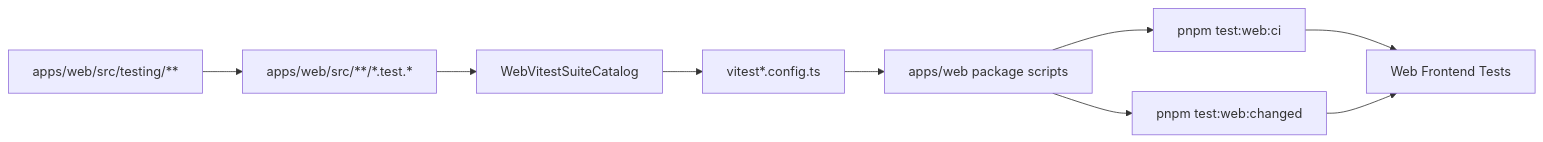
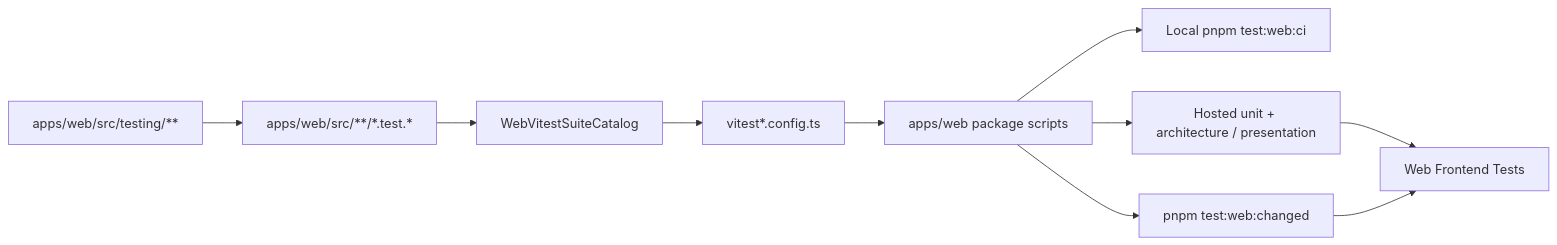
Before and after one commit to dunay2/dvt: the second of 2 diagrams in docs/architecture/components/web/frontend-test-governance-component.md, drawn with Mermaid. The commit also changed other lines of this file and 9 other files, not shown here.

````diff
--- a/docs/architecture/components/web/frontend-test-governance-component.md
+++ b/docs/architecture/components/web/frontend-test-governance-component.md
@@ -129,11 +134,12 @@
 ```mermaid
 flowchart LR
   Tests["apps/web/src/**/*.test.*"] --> Catalog["WebVitestSuiteCatalog"]
   Catalog --> Configs["vitest*.config.ts"]
   Configs --> Scripts["apps/web package scripts"]
-  Scripts --> Root["pnpm test:web:ci"]
+  Scripts --> Root["Local pnpm test:web:ci"]
+  Scripts --> Full["Hosted unit + architecture / presentation"]
   Scripts --> Changed["pnpm test:web:changed"]
-  Root --> CI["Web Frontend Tests"]
+  Full --> CI["Web Frontend Tests"]
   Changed --> CI
   Support["apps/web/src/testing/**"] --> Tests
 ```
````
